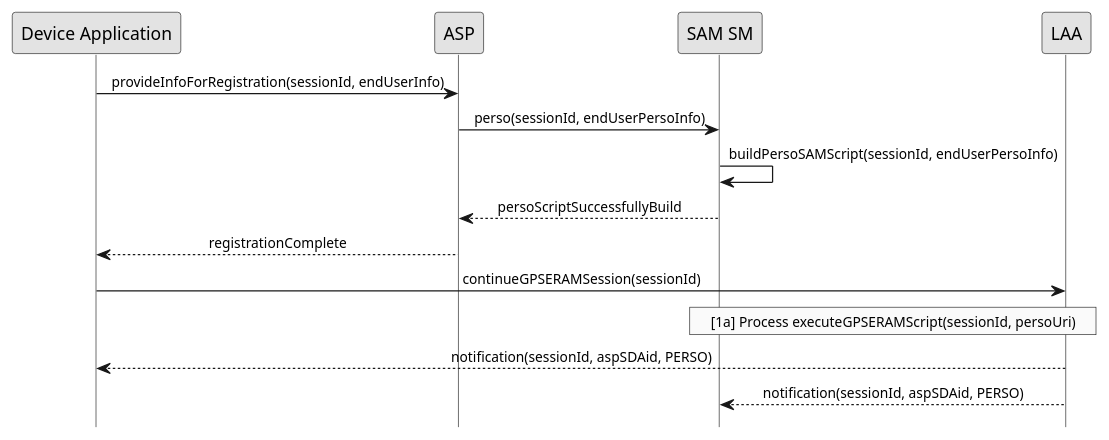
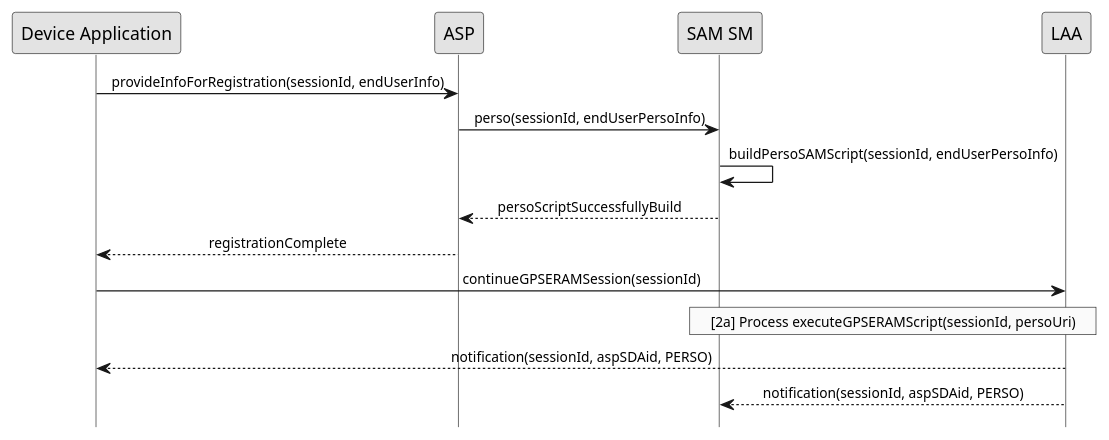
One commit to gaelrgerard/laa changed the diagram in doc/uml/perso.pu. Above: the diagram before and after it, drawn with PlantUML. The commit also changed 6 other files, not shown here.

```diff
--- a/doc/uml/perso.pu
+++ b/doc/uml/perso.pu
@@ -1,23 +1,23 @@
 @startuml
  
 hide footbox
 skinparam sequenceMessageAlign center
 skinparam sequenceArrowFontSize 11
 skinparam noteFontSize 11
 skinparam monochrome true
 skinparam lifelinestrategy solid
  
 "Device Application" -> ASP : provideInfoForRegistration(sessionId, endUserInfo)
 ASP -> "SAM SM" : perso(sessionId, endUserPersoInfo)
 "SAM SM" -> "SAM SM" : buildPersoSAMScript(sessionId, endUserPersoInfo)
 "SAM SM" --> "ASP" : persoScriptSuccessfullyBuild
 "ASP" --> "Device Application" : registrationComplete
 "Device Application" -> LAA : continueGPSERAMSession(sessionId)
 rnote over "LAA", "SAM SM"
-    [1a] Process executeGPSERAMScript(sessionId, persoUri)
+    [2a] Process executeGPSERAMScript(sessionId, persoUri)
 end rnote
  
  
 LAA --> "Device Application" : notification(sessionId, aspSDAid, PERSO)
 LAA --> "SAM SM" : notification(sessionId, aspSDAid, PERSO)
 @enduml
```
